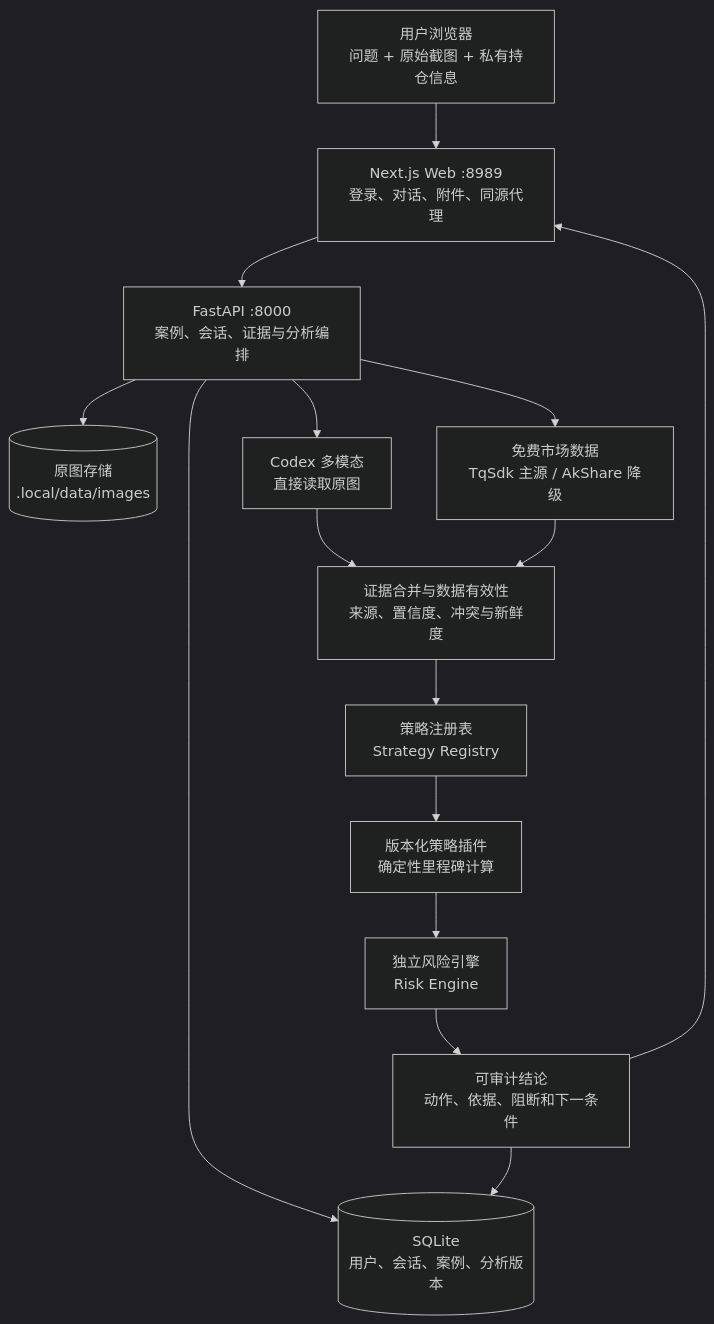
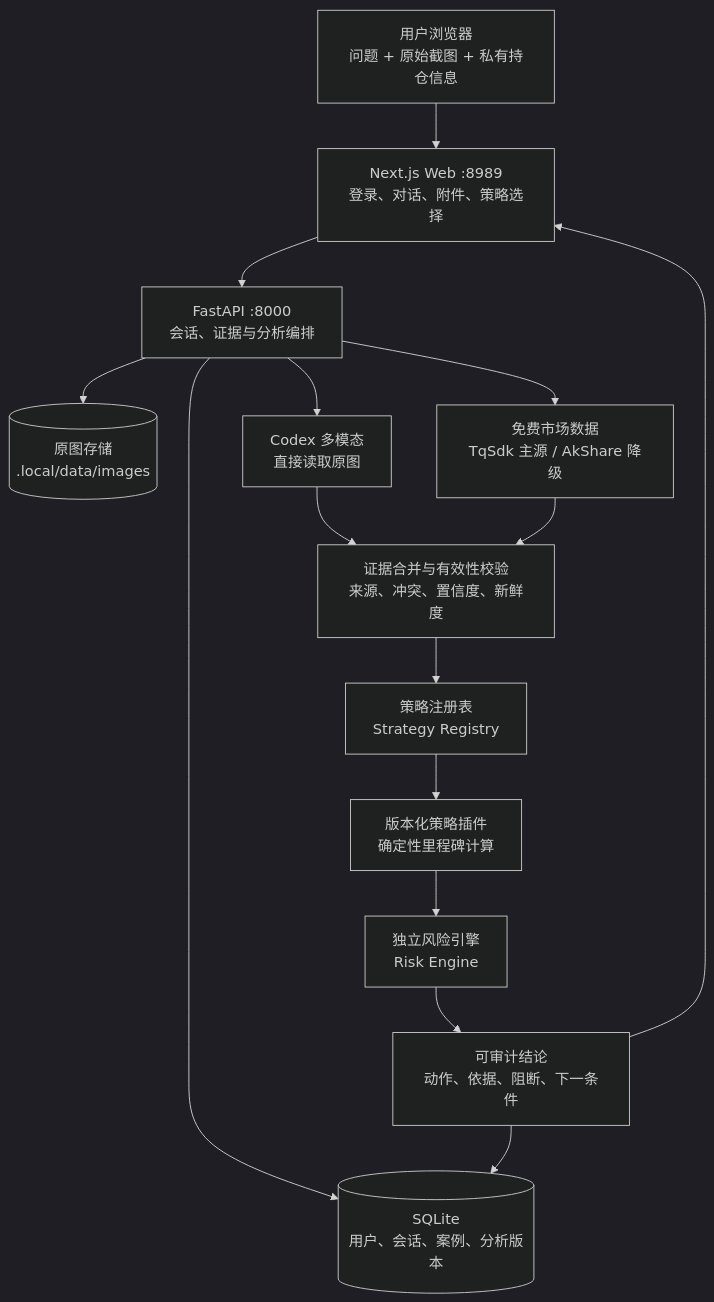
The diagram in README.md (IFOSR/panshi-trading-ai), drawn with Mermaid (dark theme) before and after one commit. The commit also changed other lines of this file and 3 other files, not shown here.

````diff
--- a/README.md
+++ b/README.md
@@ -87,31 +61,31 @@
 ```mermaid
 flowchart TD
     U[用户浏览器<br/>问题 + 原始截图 + 私有持仓信息]
-    W[Next.js Web :8989<br/>登录、对话、附件、同源代理]
-    A[FastAPI :8000<br/>案例、会话、证据与分析编排]
+    W[Next.js Web :8989<br/>登录、对话、附件、策略选择]
+    A[FastAPI :8000<br/>会话、证据与分析编排]
 
     DB[(SQLite<br/>用户、会话、案例、分析版本)]
     IMG[(原图存储<br/>.local/data/images)]
     V[Codex 多模态<br/>直接读取原图]
     M[免费市场数据<br/>TqSdk 主源 / AkShare 降级]
-    E[证据合并与数据有效性<br/>来源、置信度、冲突与新鲜度]
+    E[证据合并与有效性校验<br/>来源、冲突、置信度、新鲜度]
     R[策略注册表<br/>Strategy Registry]
     S[版本化策略插件<br/>确定性里程碑计算]
     K[独立风险引擎<br/>Risk Engine]
-    O[可审计结论<br/>动作、依据、阻断和下一条件]
+    O[可审计结论<br/>动作、依据、阻断、下一条件]
 
     U --> W
     W --> A
     A --> DB
     A --> IMG
     A --> V
     A --> M
     V --> E
     M --> E
     E --> R
     R --> S
     S --> K
     K --> O
     O --> DB
     O --> W
 ```
````
